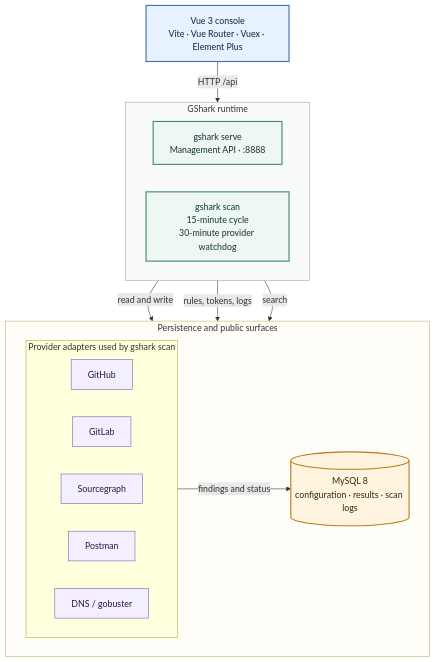
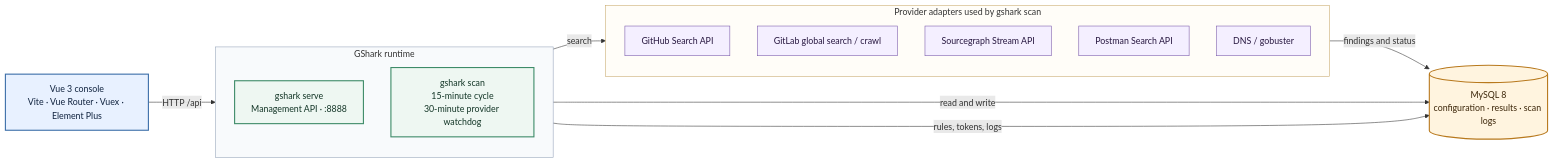
Before and after one commit to madneal/gshark: the diagram in README.md, drawn with Mermaid. The commit also changed 1 other file, not shown here.

Commit message:
docs: use left-to-right architecture flow

````diff
--- a/README.md
+++ b/README.md
@@ -31,41 +31,39 @@
 ```mermaid
-flowchart TB
+flowchart LR
     console["Vue 3 console<br/>Vite · Vue Router · Vuex · Element Plus"]
 
     subgraph runtime["GShark runtime"]
-        direction LR
+        direction TB
         serve["gshark serve<br/>Management API · :8888"]
         scan["gshark scan<br/>15-minute cycle<br/>30-minute provider watchdog"]
     end
 
-    subgraph lower["Persistence and public surfaces"]
-        direction LR
-        subgraph providers["Provider adapters used by gshark scan"]
-            direction LR
-            github["GitHub"]
-            gitlab["GitLab"]
-            sourcegraph["Sourcegraph"]
-            postman["Postman"]
-            dns["DNS / gobuster"]
-        end
-        db[("MySQL 8<br/>configuration · results · scan logs")]
+    subgraph providers["Provider adapters used by gshark scan"]
+        direction TB
+        github["GitHub Search API"]
+        gitlab["GitLab global search / crawl"]
+        sourcegraph["Sourcegraph Stream API"]
+        postman["Postman Search API"]
+        dns["DNS / gobuster"]
     end
+
+    db[("MySQL 8<br/>configuration · results · scan logs")]
 
     console -->|HTTP /api| serve
     serve -->|read and write| db
     scan -->|rules, tokens, logs| db
     scan -->|search| providers
     providers -->|findings and status| db
 
     classDef ui fill:#e8f1ff,stroke:#3b6ea8,color:#10233f,stroke-width:2px
     classDef runtimeNode fill:#eef7f2,stroke:#3d8b68,color:#123526,stroke-width:2px
     classDef data fill:#fff4df,stroke:#b8791d,color:#3b2508,stroke-width:2px
     classDef provider fill:#f4efff,stroke:#7655a8,color:#26163f
 
     class console ui
     class serve,scan runtimeNode
     class db data
     class github,gitlab,sourcegraph,postman,dns provider
     style runtime fill:#f8fafc,stroke:#94a3b8,stroke-width:1px
-    style lower fill:#fffdf8,stroke:#c8a96b,stroke-width:1px
+    style providers fill:#fffdf8,stroke:#c8a96b,stroke-width:1px
 ```
````
